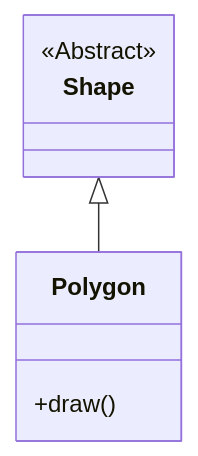
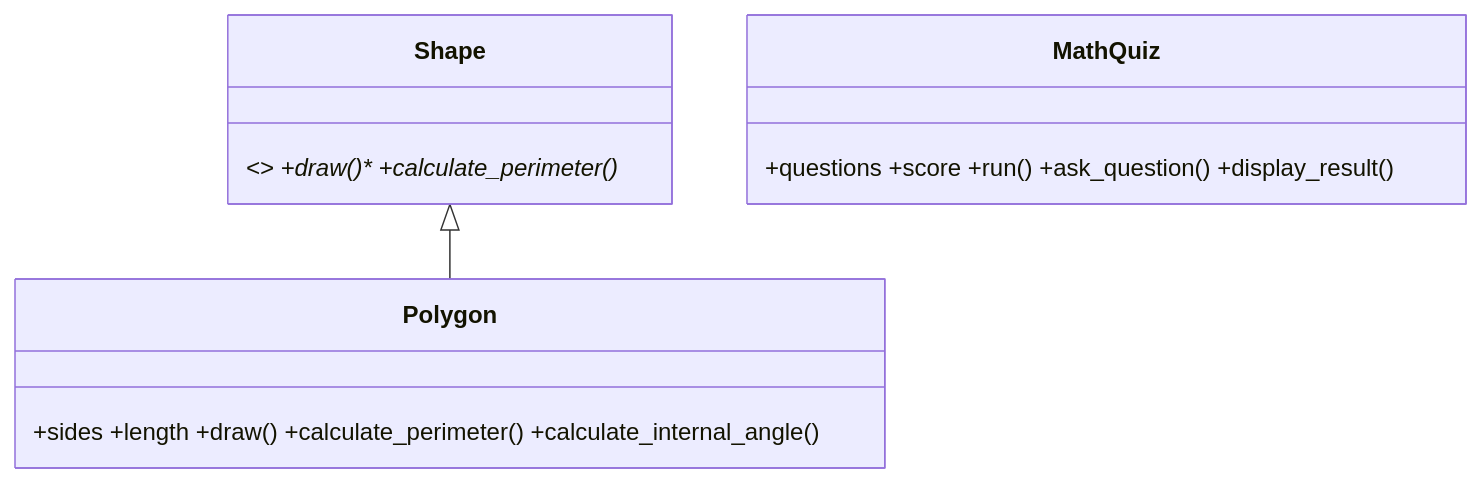
One commit to Diana-Koroblov/Project-4- changed the third of 4 diagrams in README.md. Above: the diagram before and after it, drawn with Mermaid. The commit also changed other lines of this file and 43 other files, not shown here.

````diff
--- a/README.md
+++ b/README.md
@@ -55,6 +159,7 @@
 ```mermaid
 classDiagram
-    class Shape { <<Abstract>> }
-    class Polygon { +draw() }
+    class Shape { <<Abstract>> +draw()* +calculate_perimeter()* }
+    class Polygon { +sides +length +draw() +calculate_perimeter() +calculate_internal_angle() }
+    class MathQuiz { +questions +score +run() +ask_question() +display_result() }
     Shape <|-- Polygon
 ```
````
